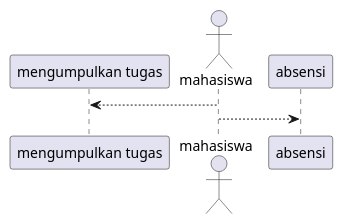
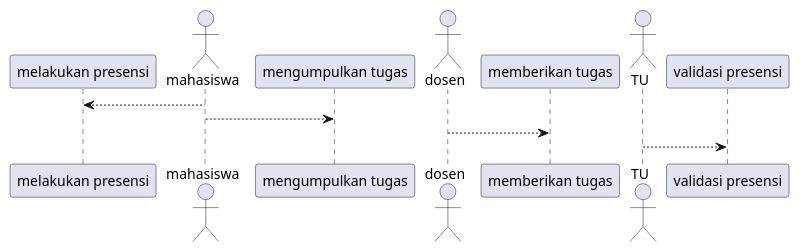
Before and after one commit to AgileRE-2024/UCaseGenerator: the diagram in webapp/tools/use_case_diagram.puml, drawn with PlantUML. The commit also changed 15 other files, not shown here.

Commit message:
git commit -m "Memperbarui struktur direktori dan menambahkan file diagram."

```diff
--- a/webapp/tools/use_case_diagram.puml
+++ b/webapp/tools/use_case_diagram.puml
@@ -1,6 +1,10 @@
 @startuml
 actor "mahasiswa" as mahasiswa
+mahasiswa --> "melakukan presensi"
+actor "mahasiswa" as mahasiswa
 mahasiswa --> "mengumpulkan tugas"
-actor "mahasiswa" as mahasiswa
-mahasiswa --> "absensi"
+actor "dosen" as dosen
+dosen --> "memberikan tugas"
+actor "TU" as TU
+TU --> "validasi presensi"
 @enduml
```
